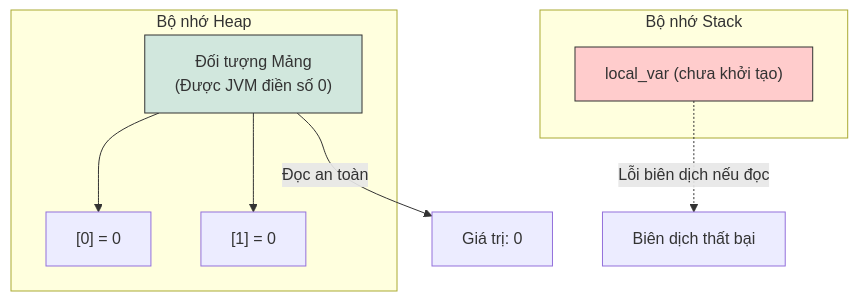
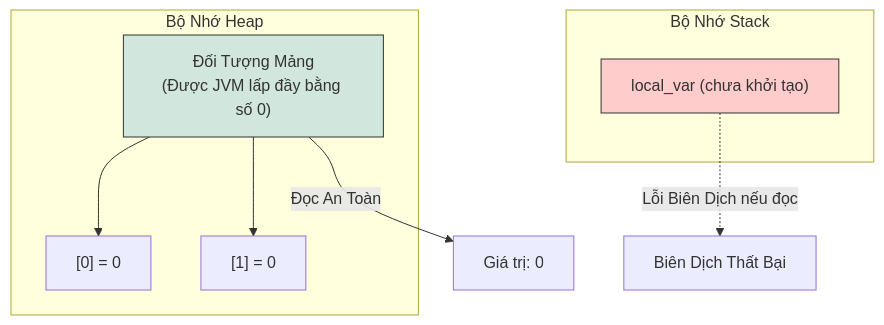
The first of 3 diagrams in vi/07-arrays/theory/01-array-basics.md (PhuThien2005/theoretical-of-java-core), drawn with Mermaid before and after one commit. The commit also changed other lines of this file and 229 other files, not shown here.

````diff
--- a/vi/07-arrays/theory/01-array-basics.md
+++ b/vi/07-arrays/theory/01-array-basics.md
@@ -44,15 +44,15 @@
 ```mermaid
 flowchart TD
-    subgraph Stack [Bộ nhớ Stack]
+    subgraph Stack ["Bộ Nhớ Stack"]
         A["local_var (chưa khởi tạo)"]
         style A fill:#ffcccc,stroke:#333
     end
-    subgraph Heap [Bộ nhớ Heap]
-        B["Đối tượng Mảng<br>(Được JVM điền số 0)"]
+    subgraph Heap ["Bộ Nhớ Heap"]
+        B["Đối Tượng Mảng<br>(Được JVM lấp đầy bằng số 0)"]
         B --> C["[0] = 0"]
         B --> D["[1] = 0"]
         style B fill:#d1e7dd,stroke:#333
     end
-    A -.->|Lỗi biên dịch nếu đọc| E[Biên dịch thất bại]
-    B -->|Đọc an toàn| F[Giá trị: 0]
+    A -.->|Lỗi Biên Dịch nếu đọc| E[Biên Dịch Thất Bại]
+    B -->|Đọc An Toàn| F[Giá trị: 0]
 ```
````
